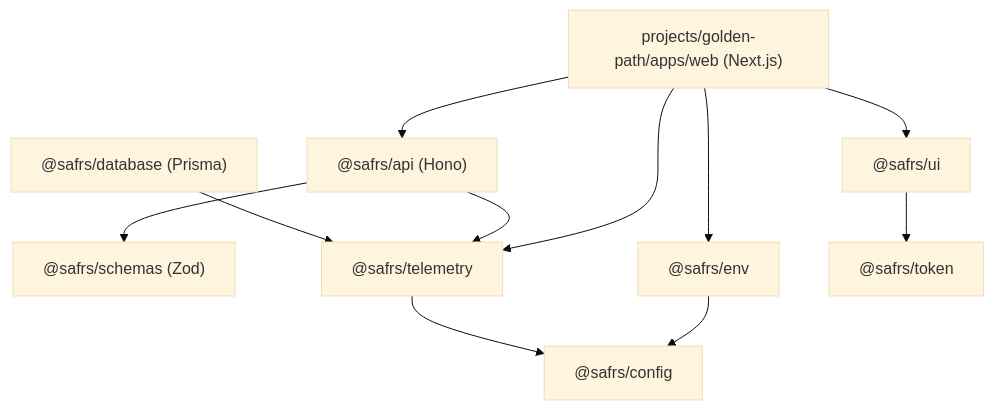
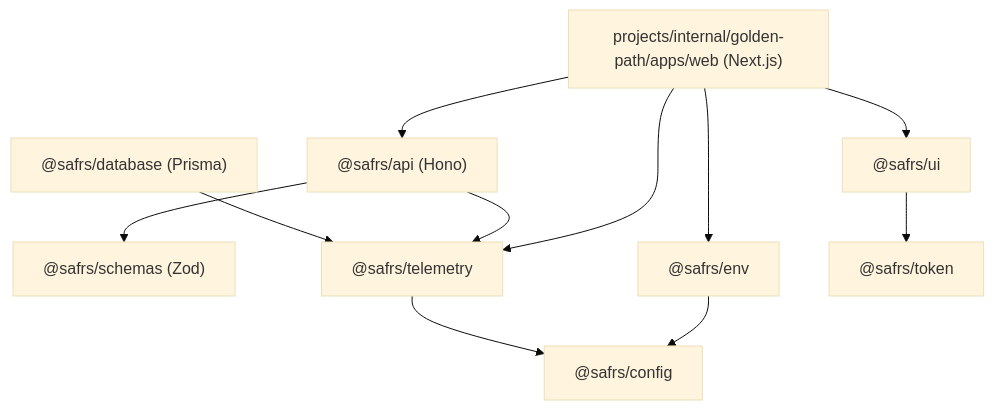
One commit to drferdi/Monorepo-safrs changed the diagram in sentrawiki/reference/dependencies.md. Above: the diagram before and after it, drawn with Mermaid (base theme). The commit also changed other lines of this file and 81 other files, not shown here.

````diff
--- a/sentrawiki/reference/dependencies.md
+++ b/sentrawiki/reference/dependencies.md
@@ -54,23 +54,23 @@
 ```mermaid
 graph TD
-    WEB["projects/golden-path/apps/web (Next.js)"]
+    WEB["projects/internal/golden-path/apps/web (Next.js)"]
     API["@safrs/api (Hono)"]
     SCHEMAS["@safrs/schemas (Zod)"]
     ENV["@safrs/env"]
     DB["@safrs/database (Prisma)"]
     UI["@safrs/ui"]
     TELE["@safrs/telemetry"]
     CONF["@safrs/config"]
     TOKEN["@safrs/token"]
 
     WEB --> API
     WEB --> ENV
     WEB --> UI
     WEB --> TELE
     API --> SCHEMAS
     API --> TELE
     DB --> TELE
     ENV --> CONF
     TELE --> CONF
     UI --> TOKEN
 ```
````
